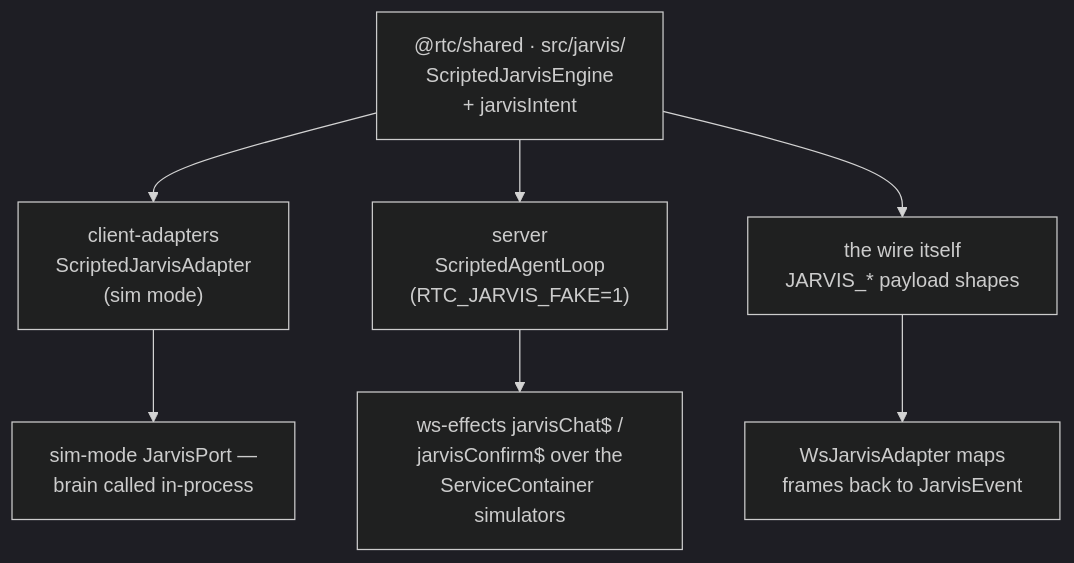
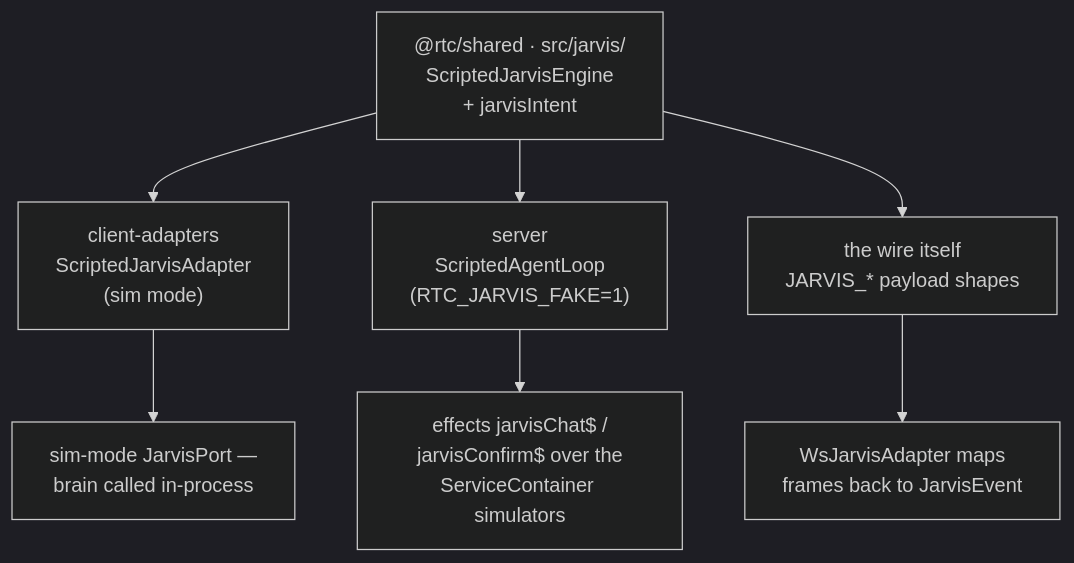
The eighth of 9 diagrams in docs/architecture/18-jarvis-ai-agent-surface.md (bettersoftware-io/ReactiveTraderCloudClone), drawn with Mermaid (dark theme) before and after one commit. The commit also changed other lines of this file and 73 other files, not shown here.

````diff
--- a/docs/architecture/18-jarvis-ai-agent-surface.md
+++ b/docs/architecture/18-jarvis-ai-agent-surface.md
@@ -492,16 +492,16 @@
 ```mermaid
 flowchart TD
     ENG["@rtc/shared · src/jarvis/<br/>ScriptedJarvisEngine<br/>+ jarvisIntent"]
 
     C1["client-adapters<br/>ScriptedJarvisAdapter<br/>(sim mode)"]
     C2["server<br/>ScriptedAgentLoop<br/>(RTC_JARVIS_FAKE=1)"]
     C3["the wire itself<br/>JARVIS_* payload shapes"]
 
     ENG --> C1
     ENG --> C2
     ENG --> C3
 
     C1 --> USE1["sim-mode JarvisPort —<br/>brain called in-process"]
-    C2 --> USE2["ws-effects jarvisChat$ /<br/>jarvisConfirm$ over the<br/>ServiceContainer simulators"]
+    C2 --> USE2["effects jarvisChat$ /<br/>jarvisConfirm$ over the<br/>ServiceContainer simulators"]
     C3 --> USE3["WsJarvisAdapter maps<br/>frames back to JarvisEvent"]
 ```
````
